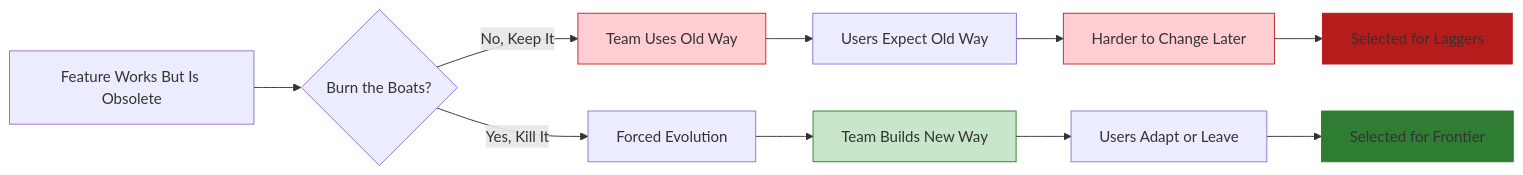
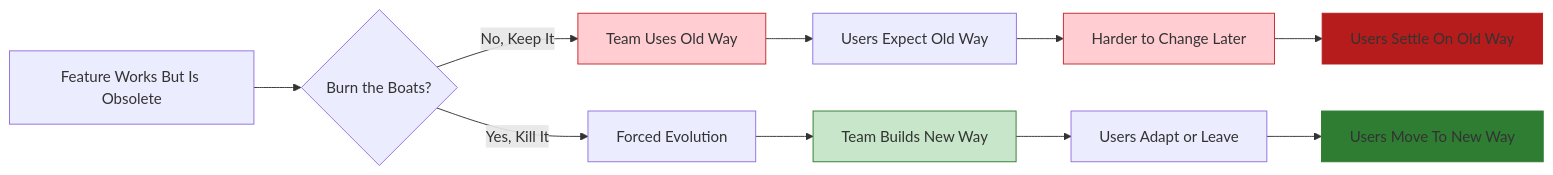
Before and after one commit to nibzard/awesome-agentic-patterns: the diagram in patterns/burn-the-boats.md, drawn with Mermaid. The commit also changed other lines of this file and 23 other files, not shown here.

````diff
--- a/patterns/burn-the-boats.md
+++ b/patterns/burn-the-boats.md
@@ -29,19 +29,19 @@
 ```mermaid
 graph LR
     A[Feature Works But Is Obsolete] --> B{Burn the Boats?}
     B -->|No, Keep It| C[Team Uses Old Way]
     C --> D[Users Expect Old Way]
     D --> E[Harder to Change Later]
-    E --> F[Selected for Laggers]
+    E --> F[Users Settle On Old Way]
 
     B -->|Yes, Kill It| G[Forced Evolution]
     G --> H[Team Builds New Way]
     H --> I[Users Adapt or Leave]
-    I --> J[Selected for Frontier]
+    I --> J[Users Move To New Way]
 
     style C fill:#ffcdd2,stroke:#c62828
     style E fill:#ffcdd2,stroke:#c62828
     style F fill:#b71c1c,stroke:#b71c1c
     style H fill:#c8e6c9,stroke:#2e7d32
     style J fill:#2e7d32,stroke:#2e7d32
 ```
````
